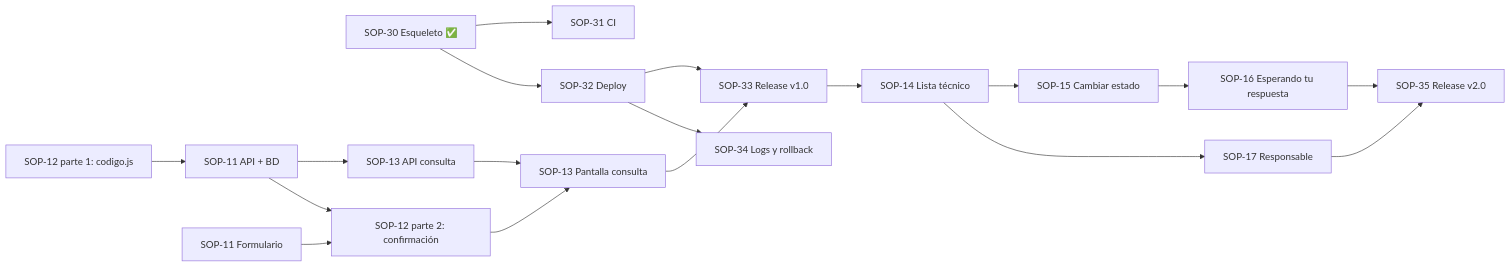
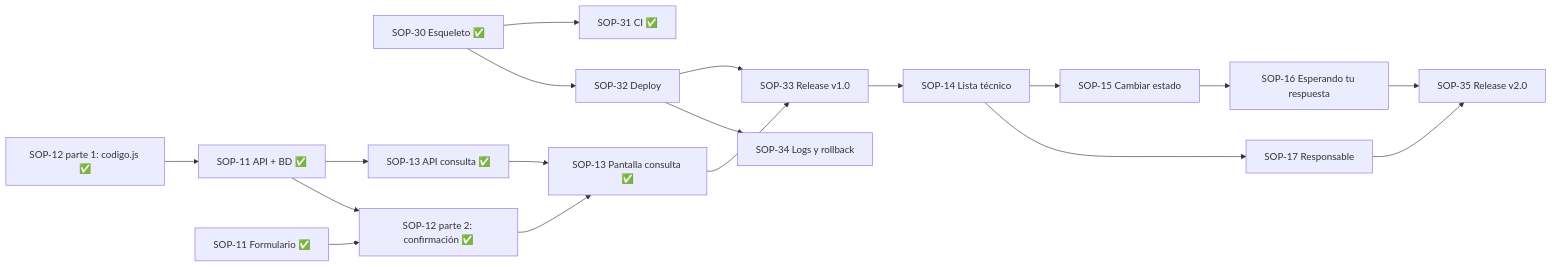
Before and after one commit to plag-soporte-eci/siguetucaso: the diagram in AGENTS.md, drawn with Mermaid. The commit also changed other lines of this file, not shown here.

Commit message:
SOP-36 marca en AGENTS.md las tareas terminadas del Sprint 1 (#16)

````diff
--- a/AGENTS.md
+++ b/AGENTS.md
@@ -183,20 +183,20 @@
 ```mermaid
 flowchart LR
-  S30[SOP-30 Esqueleto ✅] --> S31[SOP-31 CI]
+  S30[SOP-30 Esqueleto ✅] --> S31[SOP-31 CI ✅]
   S30 --> S32[SOP-32 Deploy]
-  S12a[SOP-12 parte 1: codigo.js] --> S11b[SOP-11 API + BD]
-  S11b --> S13b[SOP-13 API consulta]
-  S11f[SOP-11 Formulario] --> S12b[SOP-12 parte 2: confirmación]
+  S12a[SOP-12 parte 1: codigo.js ✅] --> S11b[SOP-11 API + BD ✅]
+  S11b --> S13b[SOP-13 API consulta ✅]
+  S11f[SOP-11 Formulario ✅] --> S12b[SOP-12 parte 2: confirmación ✅]
   S11b --> S12b
-  S12b --> S13f[SOP-13 Pantalla consulta]
+  S12b --> S13f[SOP-13 Pantalla consulta ✅]
   S13b --> S13f
   S13f --> S33[SOP-33 Release v1.0]
   S32 --> S33
   S33 --> S14[SOP-14 Lista técnico]
   S14 --> S15[SOP-15 Cambiar estado]
   S15 --> S16[SOP-16 Esperando tu respuesta]
   S14 --> S17[SOP-17 Responsable]
   S16 --> S35[SOP-35 Release v2.0]
   S17 --> S35
   S32 --> S34[SOP-34 Logs y rollback]
 ```
````
